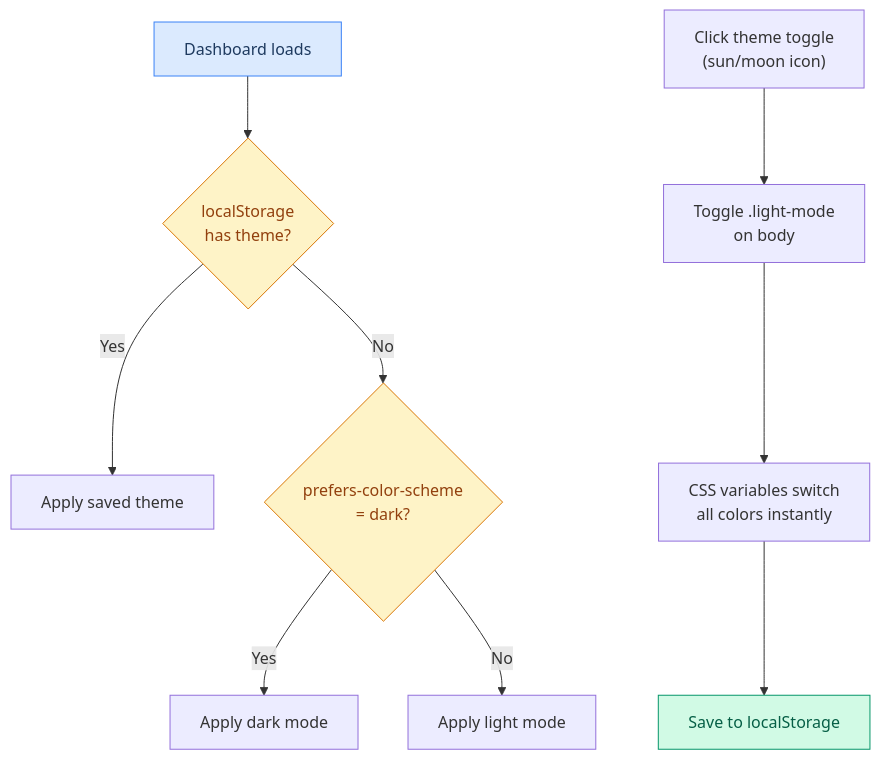
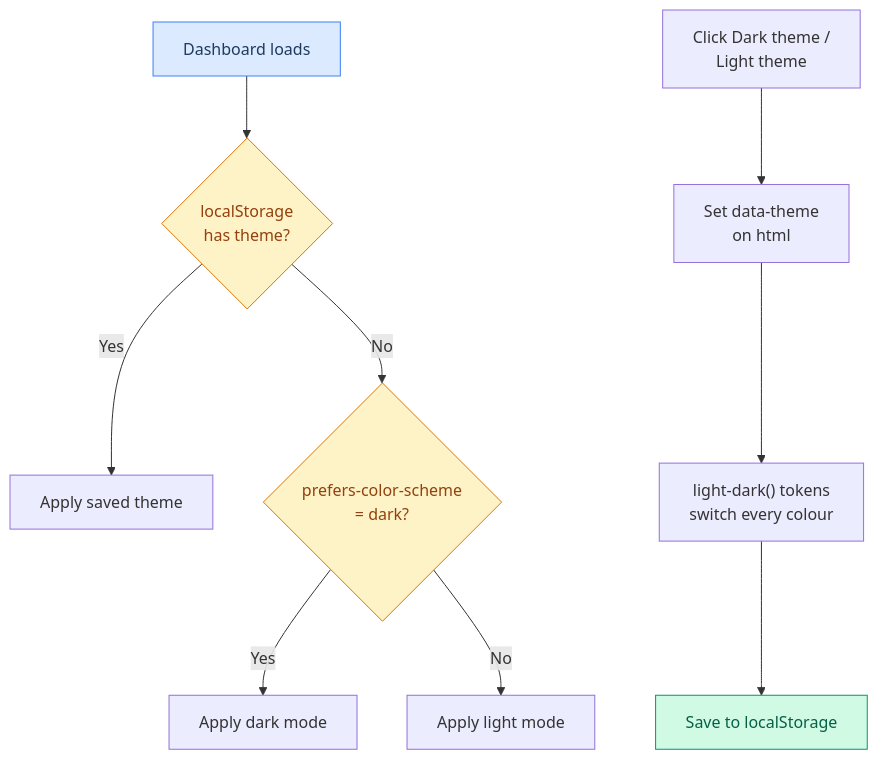
Before and after one commit to maci0/recoverage: the ninth of 18 diagrams in docs/USER_STORIES.md, drawn with Mermaid. The commit also changed other lines of this file and 3 other files, not shown here.

````diff
--- a/docs/USER_STORIES.md
+++ b/docs/USER_STORIES.md
@@ -292,17 +291,17 @@
 ```mermaid
 graph TD
     A["Dashboard loads"] --> B{"localStorage<br/>has theme?"}
     B -->|Yes| C["Apply saved theme"]
     B -->|No| D{"prefers-color-scheme<br/>= dark?"}
     D -->|Yes| E["Apply dark mode"]
     D -->|No| F["Apply light mode"]
 
-    G["Click theme toggle<br/>(sun/moon icon)"] --> H["Toggle .light-mode<br/>on body"]
-    H --> I["CSS variables switch<br/>all colors instantly"]
+    G["Click Dark theme /<br/>Light theme"] --> H["Set data-theme<br/>on html"]
+    H --> I["light-dark() tokens<br/>switch every colour"]
     I --> J["Save to localStorage"]
 
     style A fill:#dbeafe,stroke:#3b82f6,color:#1e3a5f
     style J fill:#d1fae5,stroke:#059669,color:#065f46
     style B fill:#fef3c7,stroke:#d97706,color:#92400e
     style D fill:#fef3c7,stroke:#d97706,color:#92400e
 ```
````
